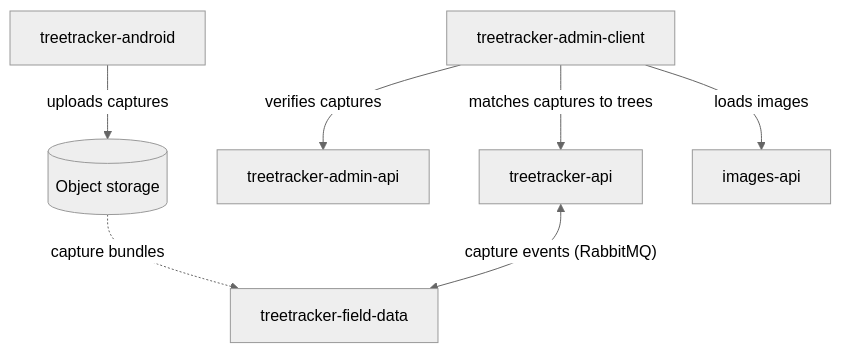
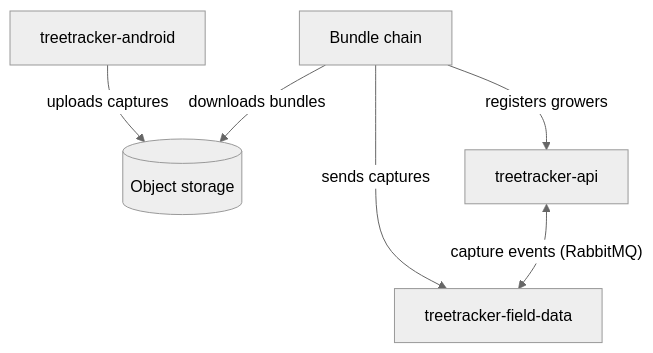
Before and after one commit to arnoldcastro5000/understand-greenstand: the first of 6 diagrams in ARCHITECTURE.md, drawn with Mermaid (neutral theme). The commit also changed other lines of this file and 5 other files, not shown here.

````diff
--- a/ARCHITECTURE.md
+++ b/ARCHITECTURE.md
@@ -32,16 +28,13 @@
 ```mermaid
 flowchart TB
-  n_treetracker_admin_client["treetracker-admin-client"]
-  n_treetracker_admin_api["treetracker-admin-api"]
-  n_treetracker_api["treetracker-api"]
-  n_images_api["images-api"]
   n_treetracker_android["treetracker-android"]
   n_storage[("Object storage")]
+  n_bundles["Bundle chain"]
   n_treetracker_field_data["treetracker-field-data"]
-  n_treetracker_admin_client -->|"verifies captures"| n_treetracker_admin_api
-  n_treetracker_admin_client -->|"matches captures to trees"| n_treetracker_api
-  n_treetracker_admin_client -->|"loads images"| n_images_api
+  n_treetracker_api["treetracker-api"]
   n_treetracker_android -->|"uploads captures"| n_storage
-  n_storage -.->|"capture bundles"| n_treetracker_field_data
+  n_bundles -->|"downloads bundles"| n_storage
+  n_bundles -->|"sends captures"| n_treetracker_field_data
+  n_bundles -->|"registers growers"| n_treetracker_api
   n_treetracker_api <-->|"capture events (RabbitMQ)"| n_treetracker_field_data
 ```
````
